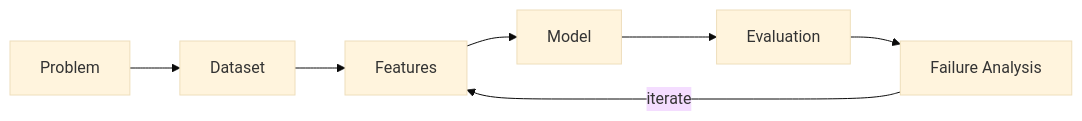
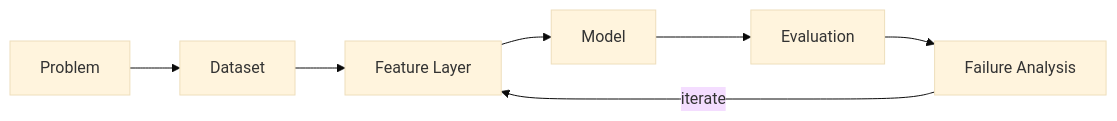
The second of 7 diagrams in README.md (Yashvi-Vekariya/Yashvi-Vekariya), drawn with Mermaid (base theme) before and after one commit. The commit also changed other lines of this file, not shown here.

````diff
--- a/README.md
+++ b/README.md
@@ -90,9 +189,9 @@
 ```mermaid
 flowchart LR
-    A[Problem] --> B[Dataset]
-    B --> C[Features]
-    C --> D[Model]
-    D --> E[Evaluation]
-    E --> F[Failure Analysis]
-    F -->|iterate| C
+    P["Problem"] --> D["Dataset"]
+    D --> F["Feature Layer"]
+    F --> M["Model"]
+    M --> E["Evaluation"]
+    E --> X["Failure Analysis"]
+    X -->|iterate| F
 ```
````
